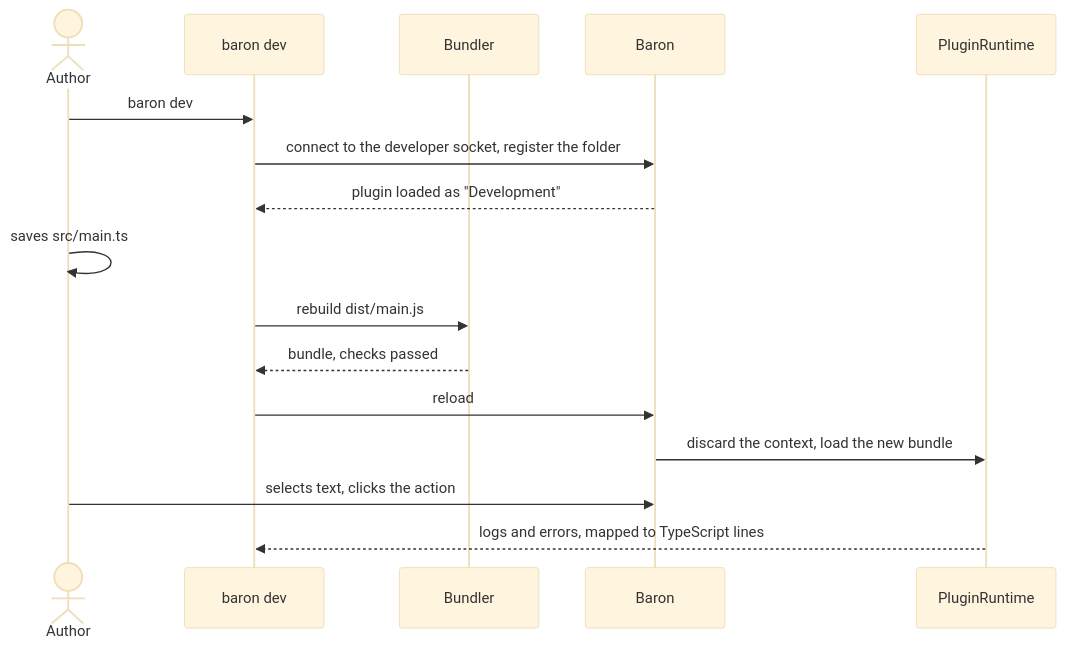
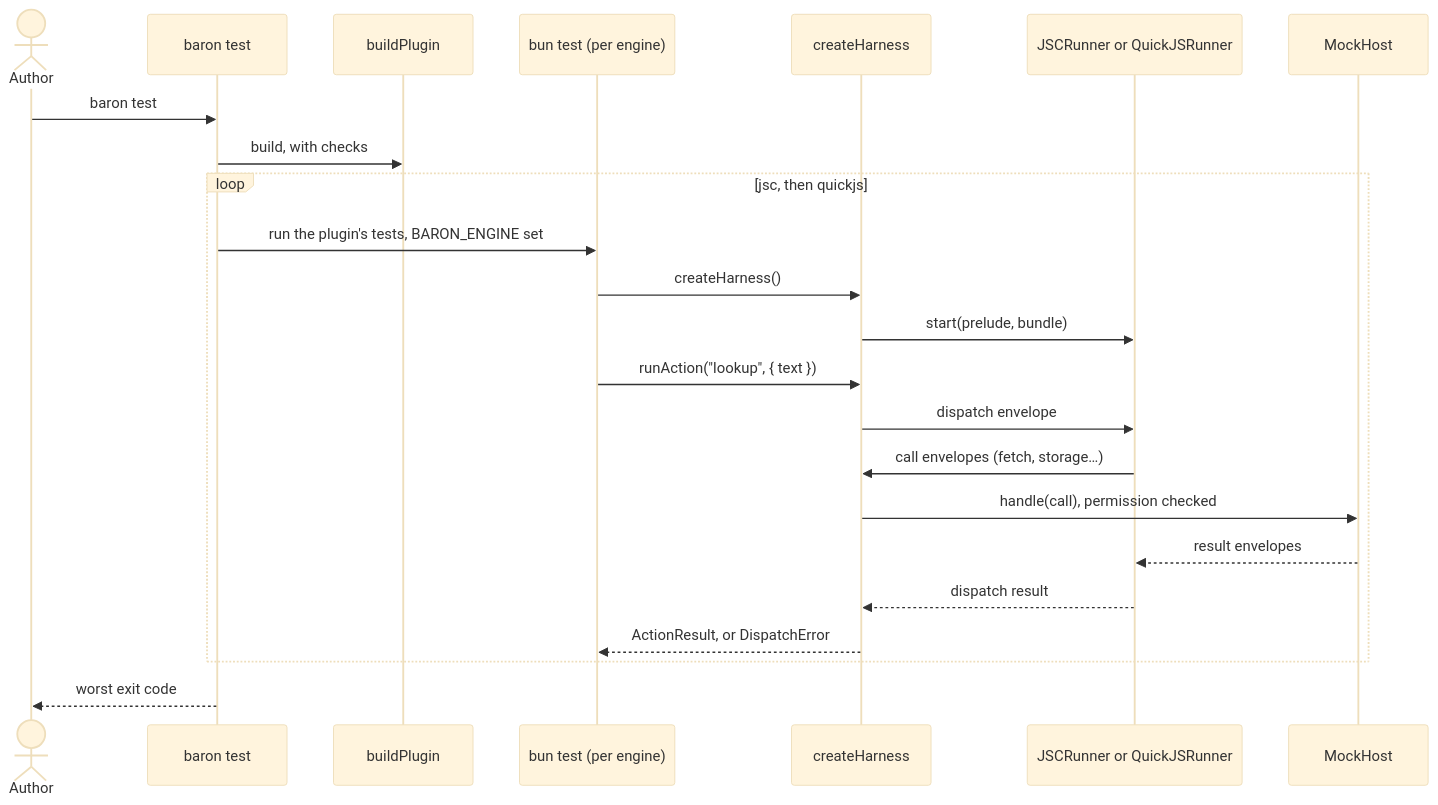
One commit to mx-in/ODH changed the second of 2 diagrams in docs/design/plugin-platform/09-developer-tooling.md. Above: the diagram before and after it, drawn with Mermaid (base theme). The commit also changed other lines of this file and 4 other files, not shown here.

First line of the commit message:
docs(design): draw the runtime, host API and tooling as built in task-005

````diff
--- a/docs/design/plugin-platform/09-developer-tooling.md
+++ b/docs/design/plugin-platform/09-developer-tooling.md
@@ -146,18 +156,25 @@
 ```mermaid
 sequenceDiagram
   actor Author
-  participant CLI as baron dev
-  participant Bun as Bundler
-  participant Baron
-  participant RT as PluginRuntime
-  Author->>CLI: baron dev
-  CLI->>Baron: connect to the developer socket, register the folder
-  Baron-->>CLI: plugin loaded as "Development"
-  Author->>Author: saves src/main.ts
-  CLI->>Bun: rebuild dist/main.js
-  Bun-->>CLI: bundle, checks passed
-  CLI->>Baron: reload
-  Baron->>RT: discard the context, load the new bundle
-  Author->>Baron: selects text, clicks the action
-  RT-->>CLI: logs and errors, mapped to TypeScript lines
+  participant CLI as baron test
+  participant Build as buildPlugin
+  participant Bun as bun test (per engine)
+  participant H as createHarness
+  participant Engine as JSCRunner or QuickJSRunner
+  participant Mock as MockHost
+  Author->>CLI: baron test
+  CLI->>Build: build, with checks
+  loop jsc, then quickjs
+    CLI->>Bun: run the plugin's tests, BARON_ENGINE set
+    Bun->>H: createHarness()
+    H->>Engine: start(prelude, bundle)
+    Bun->>H: runAction("lookup", { text })
+    H->>Engine: dispatch envelope
+    Engine->>H: call envelopes (fetch, storage…)
+    H->>Mock: handle(call), permission checked
+    Mock-->>Engine: result envelopes
+    Engine-->>H: dispatch result
+    H-->>Bun: ActionResult, or DispatchError
+  end
+  CLI-->>Author: worst exit code
 ```
````
